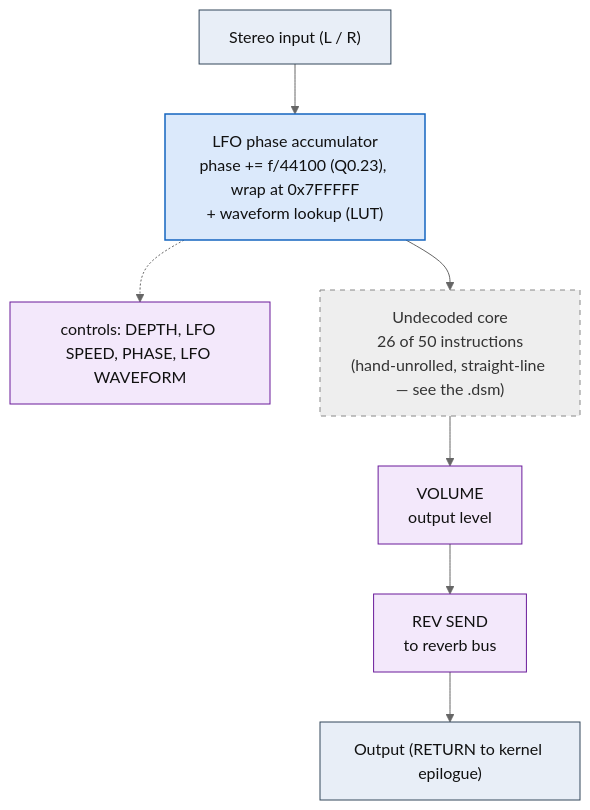
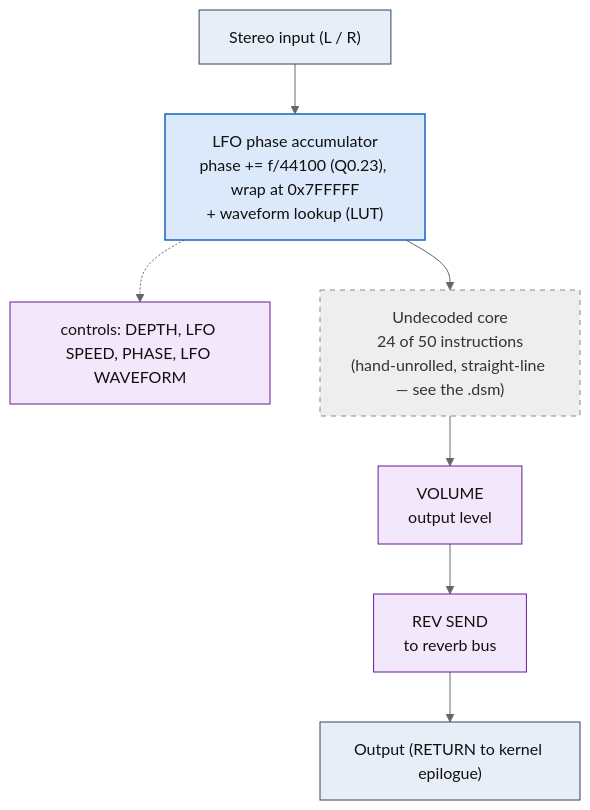
Before and after one commit to ArqueologiaDigital/kn5000-roms-disasm: the diagram in dsp/flowcharts/prog48_auto_pan.md, drawn with Mermaid (neutral theme). The commit also changed other lines of this file and 78 other files, not shown here.

````diff
--- a/dsp/flowcharts/prog48_auto_pan.md
+++ b/dsp/flowcharts/prog48_auto_pan.md
@@ -12,27 +12,27 @@
 ```mermaid
 flowchart TD
     N0["Stereo input (L / R)"]
     N1["LFO phase accumulator<br/>phase += f/44100 (Q0.23), wrap at 0x7FFFFF<br/>+ waveform lookup (LUT)"]
     N0 --> N1
     N2["controls: DEPTH, LFO SPEED, PHASE, LFO WAVEFORM"]
     N1 -.-> N2
-    N3["Undecoded core<br/>26 of 50 instructions<br/>(hand-unrolled, straight-line &mdash; see the .dsm)"]
+    N3["Undecoded core<br/>24 of 50 instructions<br/>(hand-unrolled, straight-line &mdash; see the .dsm)"]
     N1 --> N3
     N4["VOLUME<br/>output level"]
     N3 --> N4
     N5["REV SEND<br/>to reverb bus"]
     N4 --> N5
     N6["Output (RETURN to kernel epilogue)"]
     N5 --> N6
 
     classDef io fill:#e8eef7,stroke:#33475b,stroke-width:1px,color:#111;
     classDef proven fill:#d7f0d7,stroke:#2e7d32,stroke-width:2px,color:#111;
     classDef measured fill:#dbe9fb,stroke:#1565c0,stroke-width:1.5px,color:#111;
     classDef inferred fill:#fdf0d5,stroke:#b8860b,stroke-width:1.5px,color:#111;
     classDef open fill:#eeeeee,stroke:#888,stroke-width:1px,color:#333,stroke-dasharray:5 5;
     classDef ctrl fill:#f3e8fb,stroke:#6a1b9a,stroke-width:1px,color:#111;
     class N0,N6 io;
     class N1 measured;
     class N2,N4,N5 ctrl;
     class N3 open;
 ```
````
